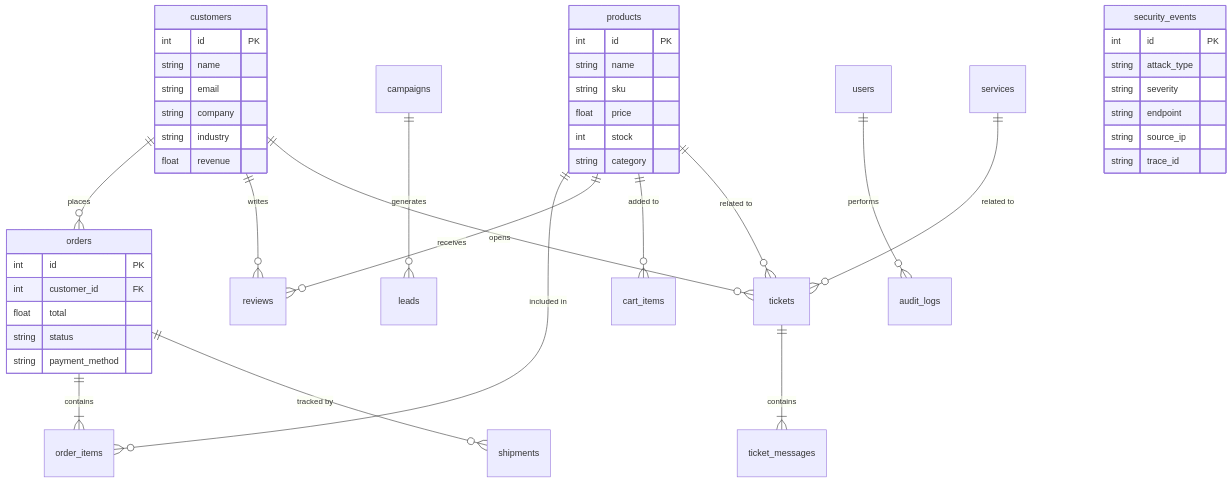
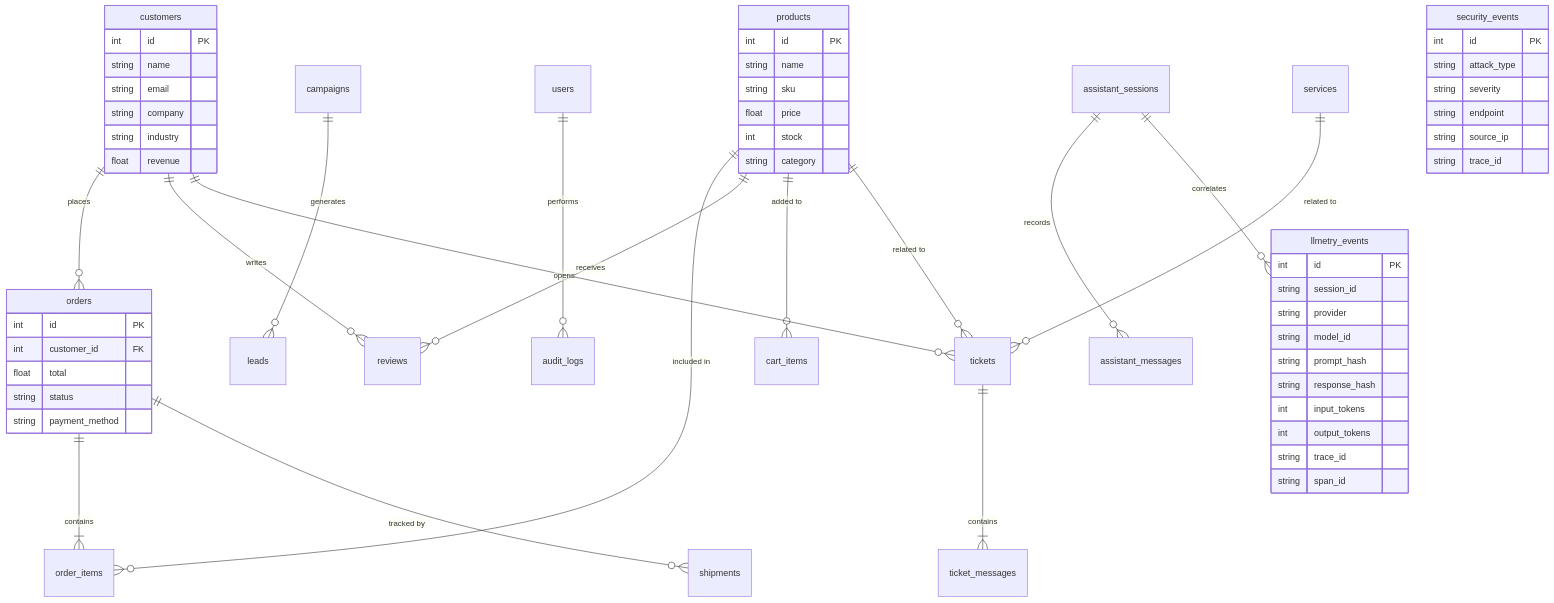
One commit to adibirzu/octo-apm-demo changed the diagram in shop/site/architecture/data-model.md. Above: the diagram before and after it, drawn with Mermaid. The commit also changed other lines of this file and 267 other files, not shown here.

````diff
--- a/shop/site/architecture/data-model.md
+++ b/shop/site/architecture/data-model.md
@@ -27,51 +27,66 @@
 ```mermaid
 erDiagram
     customers ||--o{ orders : "places"
     orders ||--|{ order_items : "contains"
     products ||--o{ order_items : "included in"
     customers ||--o{ reviews : "writes"
     products ||--o{ reviews : "receives"
     products ||--o{ cart_items : "added to"
     orders ||--o{ shipments : "tracked by"
     campaigns ||--o{ leads : "generates"
     users ||--o{ audit_logs : "performs"
     customers ||--o{ tickets : "opens"
     products ||--o{ tickets : "related to"
     services ||--o{ tickets : "related to"
     tickets ||--|{ ticket_messages : "contains"
+    assistant_sessions ||--o{ assistant_messages : "records"
+    assistant_sessions ||--o{ llmetry_events : "correlates"
 
     customers {
         int id PK
         string name
         string email
         string company
         string industry
         float revenue
     }
 
     orders {
         int id PK
         int customer_id FK
         float total
         string status
         string payment_method
     }
 
     products {
         int id PK
         string name
         string sku
         float price
         int stock
         string category
     }
 
     security_events {
         int id PK
         string attack_type
         string severity
         string endpoint
         string source_ip
         string trace_id
     }
+
+    llmetry_events {
+        int id PK
+        string session_id
+        string provider
+        string model_id
+        string prompt_hash
+        string response_hash
+        int input_tokens
+        int output_tokens
+        string trace_id
+        string span_id
+    }
 ```
````
